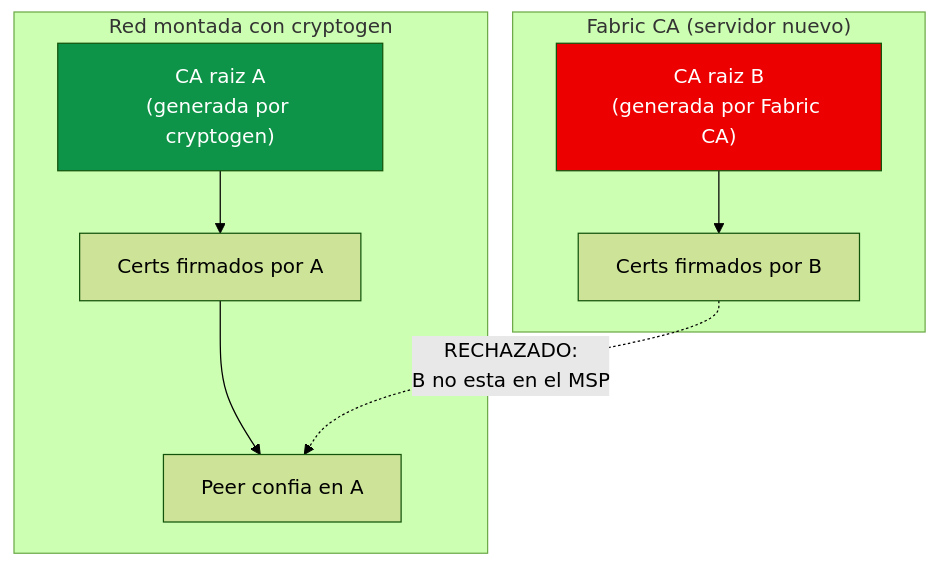
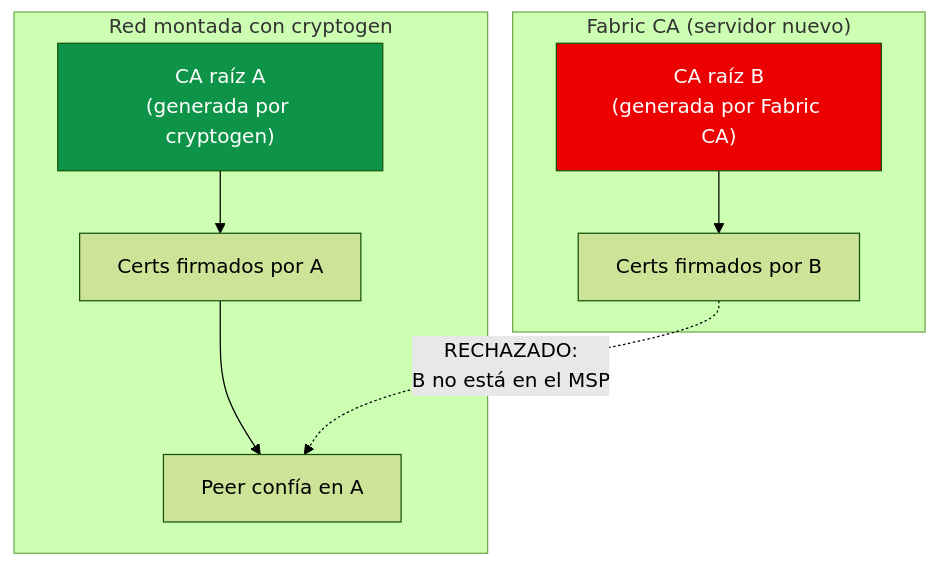
The third of 7 diagrams in Modulo-2/05-fabric-ca.md (jjnieto/Curso-HLFabric), drawn with Mermaid (forest theme) before and after one commit. The commit also changed other lines of this file, not shown here.

First line of the commit message:
Modulo 2: reescribir 05-fabric-ca.md siguiendo el patrón del 04 (guiado paso a paso)

````diff
--- a/Modulo-2/05-fabric-ca.md
+++ b/Modulo-2/05-fabric-ca.md
@@ -47,17 +118,17 @@
 ```mermaid
 graph TB
     subgraph "Red montada con cryptogen"
-        CA_CG["CA raiz A<br/>(generada por cryptogen)"]
+        CA_CG["CA raíz A<br/>(generada por cryptogen)"]
         CA_CG --> CERT_CG["Certs firmados por A"]
-        CERT_CG --> PEER["Peer confia en A"]
+        CERT_CG --> PEER["Peer confía en A"]
     end
 
     subgraph "Fabric CA (servidor nuevo)"
-        CA_FC["CA raiz B<br/>(generada por Fabric CA)"]
+        CA_FC["CA raíz B<br/>(generada por Fabric CA)"]
         CA_FC --> CERT_FC["Certs firmados por B"]
-        CERT_FC -. "RECHAZADO:<br/>B no esta en el MSP" .-> PEER
+        CERT_FC -. "RECHAZADO:<br/>B no está en el MSP" .-> PEER
     end
 
     style CA_CG fill:#0D9448,color:#fff
     style CA_FC fill:#EC0000,color:#fff
 ```
````
